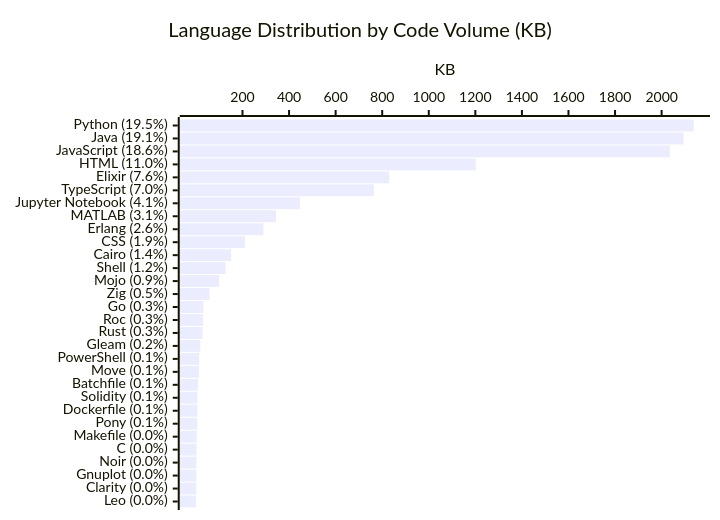
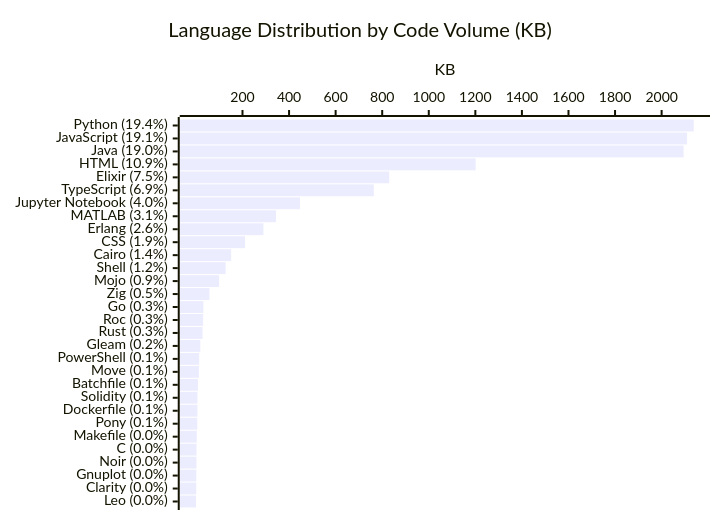
Before and after one commit to KathiraveluLab/.github: the diagram in profile/README.md, drawn with Mermaid. The commit also changed other lines of this file and 1 other file, not shown here.

````diff
--- a/profile/README.md
+++ b/profile/README.md
@@ -75,7 +75,7 @@
 ```mermaid
 xychart-beta horizontal
     title "Language Distribution by Code Volume (KB)"
-    x-axis ["Python (19.5%)", "Java (19.1%)", "JavaScript (18.6%)", "HTML (11.0%)", "Elixir (7.6%)", "TypeScript (7.0%)", "Jupyter Notebook (4.1%)", "MATLAB (3.1%)", "Erlang (2.6%)", "CSS (1.9%)", "Cairo (1.4%)", "Shell (1.2%)", "Mojo (0.9%)", "Zig (0.5%)", "Go (0.3%)", "Roc (0.3%)", "Rust (0.3%)", "Gleam (0.2%)", "PowerShell (0.1%)", "Move (0.1%)", "Batchfile (0.1%)", "Solidity (0.1%)", "Dockerfile (0.1%)", "Pony (0.1%)", "Makefile (0.0%)", "C (0.0%)", "Noir (0.0%)", "Gnuplot (0.0%)", "Clarity (0.0%)", "Leo (0.0%)"]
+    x-axis ["Python (19.4%)", "JavaScript (19.1%)", "Java (19.0%)", "HTML (10.9%)", "Elixir (7.5%)", "TypeScript (6.9%)", "Jupyter Notebook (4.0%)", "MATLAB (3.1%)", "Erlang (2.6%)", "CSS (1.9%)", "Cairo (1.4%)", "Shell (1.2%)", "Mojo (0.9%)", "Zig (0.5%)", "Go (0.3%)", "Roc (0.3%)", "Rust (0.3%)", "Gleam (0.2%)", "PowerShell (0.1%)", "Move (0.1%)", "Batchfile (0.1%)", "Solidity (0.1%)", "Dockerfile (0.1%)", "Pony (0.1%)", "Makefile (0.0%)", "C (0.0%)", "Noir (0.0%)", "Gnuplot (0.0%)", "Clarity (0.0%)", "Leo (0.0%)"]
     y-axis "KB"
-    bar [2138.01, 2094.5, 2035.03, 1201.32, 830.13, 763.92, 446.91, 343.93, 289.93, 211.09, 151.31, 127.55, 99.52, 58.12, 32.03, 30.88, 28.25, 18.9, 13.91, 12.89, 8.48, 6.65, 6.34, 6.01, 3.74, 2.58, 2.46, 1.82, 1.53, 0.26]
+    bar [2138.01, 2109.61, 2094.5, 1201.32, 830.13, 763.92, 446.91, 343.93, 289.93, 211.09, 151.31, 127.55, 99.52, 58.12, 32.03, 30.88, 28.25, 18.9, 13.91, 12.89, 8.48, 6.65, 6.34, 6.01, 3.74, 2.58, 2.46, 1.82, 1.53, 0.26]
 ```
````
